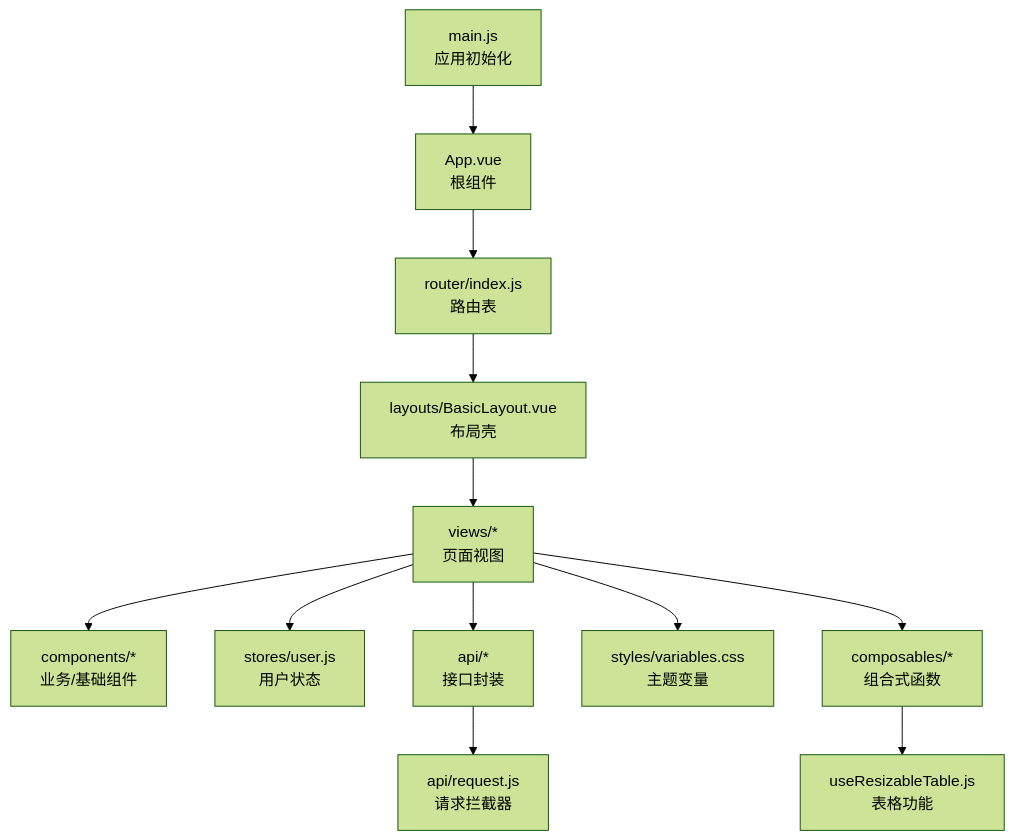
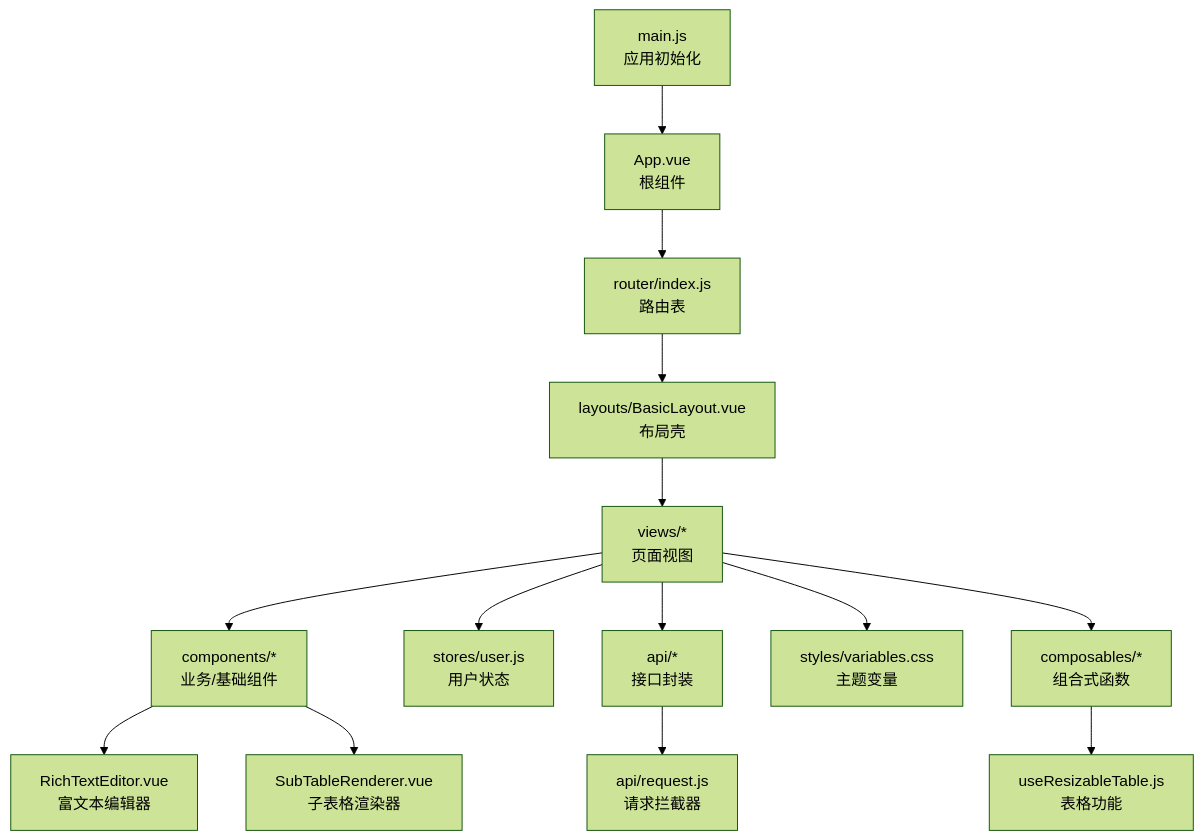
The first of 6 diagrams in .qoder/repowiki/zh/content/用户界面设计/组件设计规范.md (liming-lihaini/workflow), drawn with Mermaid (forest theme) before and after one commit. The commit also changed other lines of this file and 26 other files, not shown here.

````diff
--- a/.qoder/repowiki/zh/content/用户界面设计/组件设计规范.md
+++ b/.qoder/repowiki/zh/content/用户界面设计/组件设计规范.md
@@ -54,14 +58,16 @@
 ```mermaid
 graph TB
 A["main.js<br/>应用初始化"] --> B["App.vue<br/>根组件"]
 B --> C["router/index.js<br/>路由表"]
 C --> D["layouts/BasicLayout.vue<br/>布局壳"]
 D --> E["views/*<br/>页面视图"]
 E --> F["components/*<br/>业务/基础组件"]
-E --> G["stores/user.js<br/>用户状态"]
-E --> H["api/*<br/>接口封装"]
-H --> I["api/request.js<br/>请求拦截器"]
-E --> J["styles/variables.css<br/>主题变量"]
-E --> K["composables/*<br/>组合式函数"]
-K --> L["useResizableTable.js<br/>表格功能"]
+F --> G["RichTextEditor.vue<br/>富文本编辑器"]
+F --> H["SubTableRenderer.vue<br/>子表格渲染器"]
+E --> I["stores/user.js<br/>用户状态"]
+E --> J["api/*<br/>接口封装"]
+J --> K["api/request.js<br/>请求拦截器"]
+E --> L["styles/variables.css<br/>主题变量"]
+E --> M["composables/*<br/>组合式函数"]
+M --> N["useResizableTable.js<br/>表格功能"]
 ```
````
